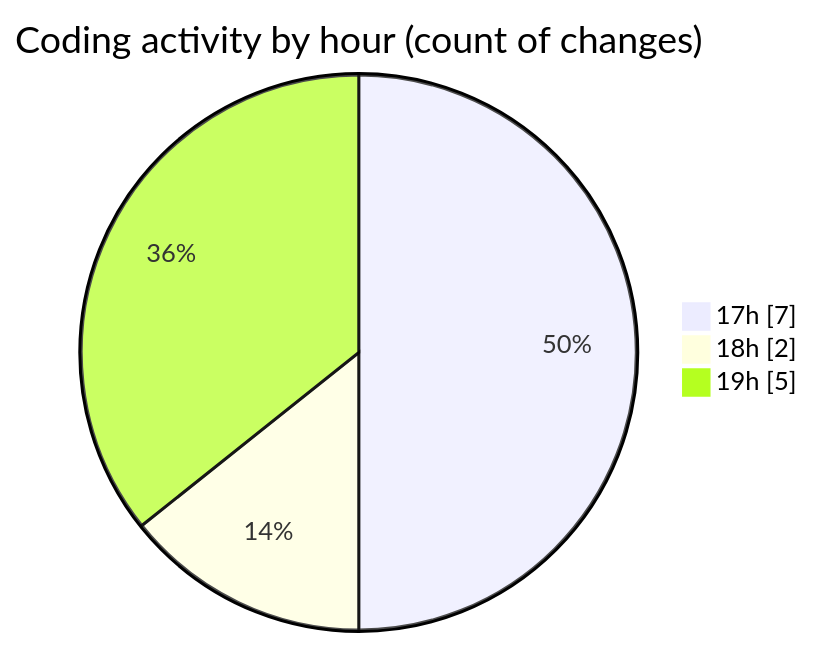
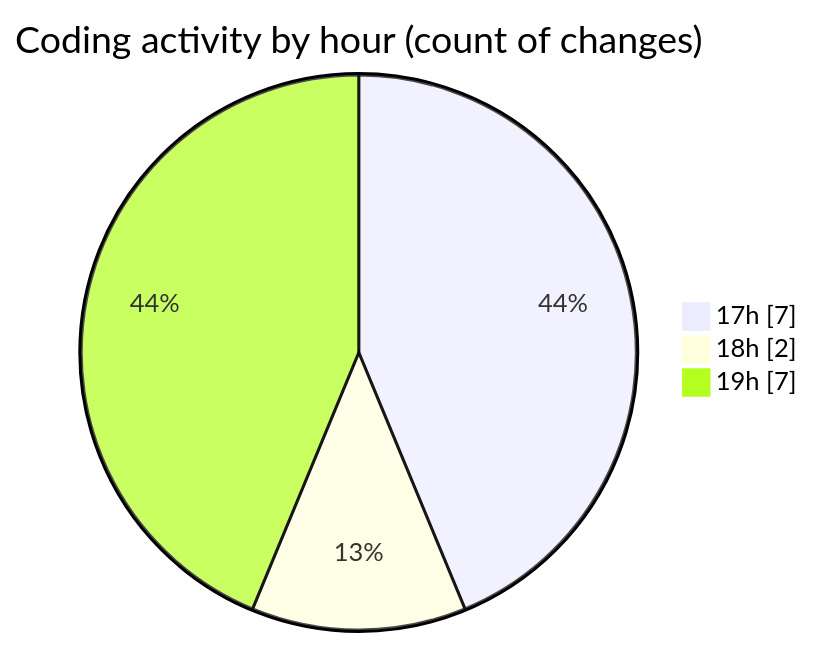
The second of 2 diagrams in 2025-01-12/myws__workspace_/README.md (MatusMokan/code-tracking), drawn with Mermaid before and after one commit. The commit also changed other lines of this file and 1 other file, not shown here.

````diff
--- a/2025-01-12/myws__workspace_/README.md
+++ b/2025-01-12/myws__workspace_/README.md
@@ -29,7 +29,7 @@
 ```mermaid
 pie showData
 title Coding activity by hour (count of changes)
 "17h" : 7
 "18h" : 2
-"19h" : 5
+"19h" : 7
 ```
````
